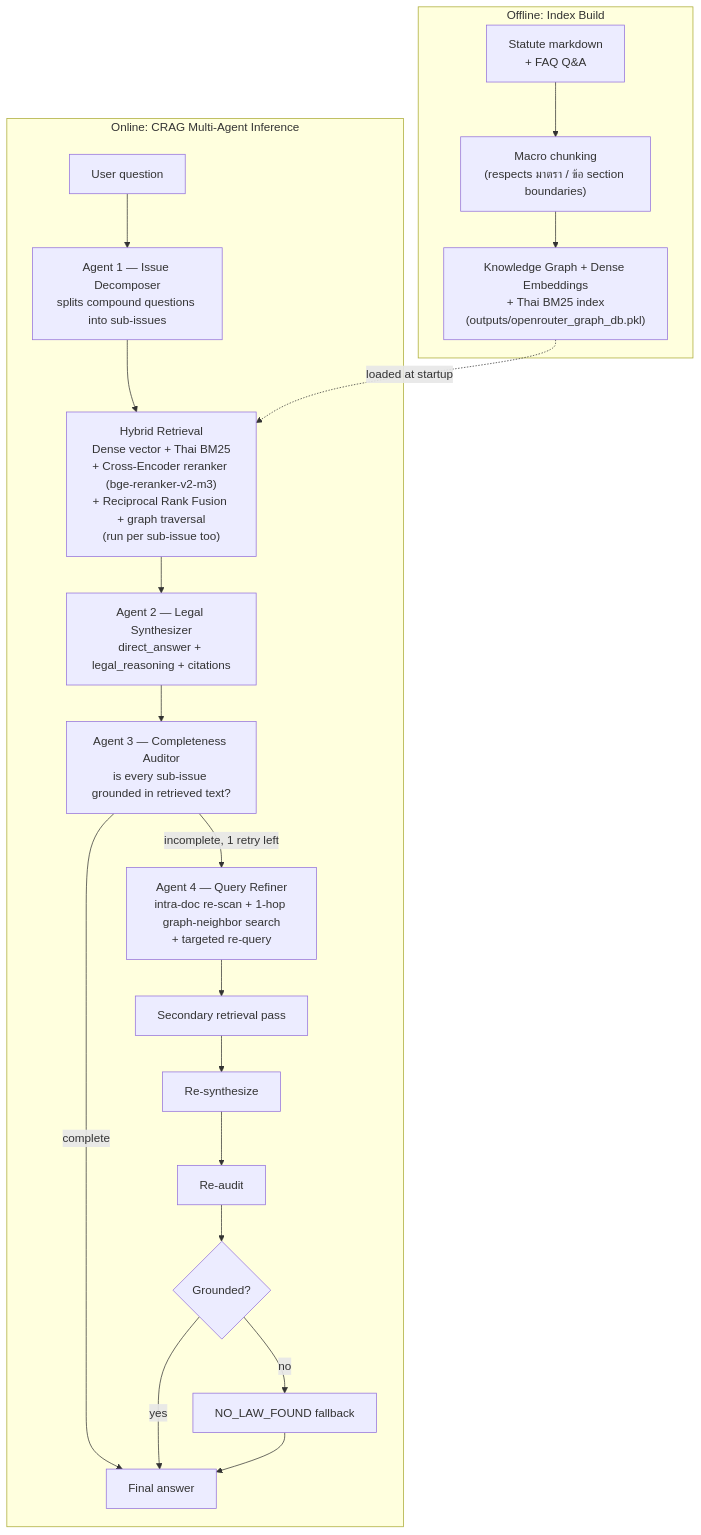
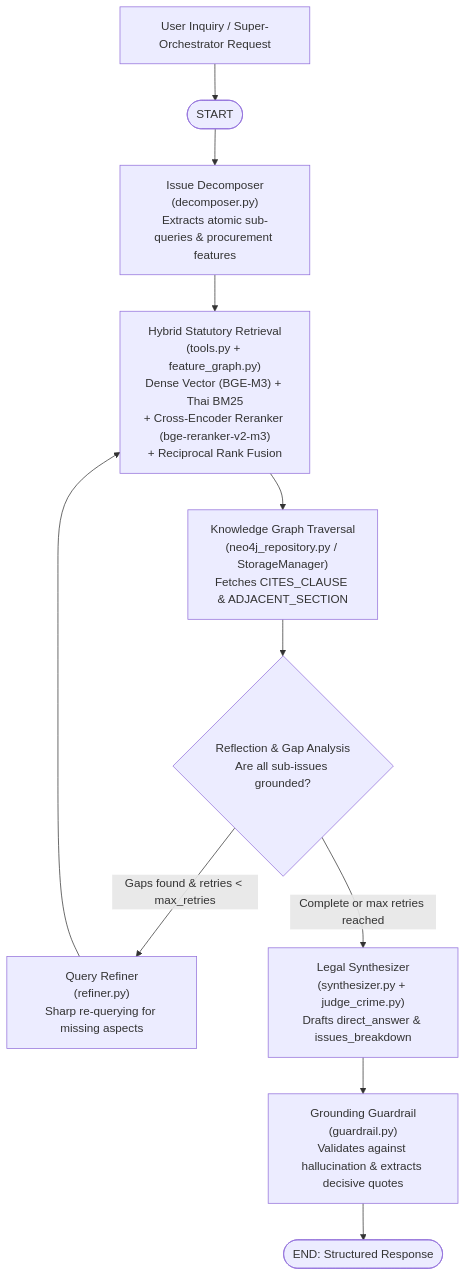
One commit to PaweekornS/ProcurementQA_Agent changed the diagram in docs/REPORT.md. Above: the diagram before and after it, drawn with Mermaid. The commit also changed other lines of this file and 33 other files, not shown here.

````diff
--- a/docs/REPORT.md
+++ b/docs/REPORT.md
@@ -13,22 +13,20 @@
 ```mermaid
 flowchart TD
-    subgraph BUILD["Offline: Index Build"]
-        S1["Statute markdown\n+ FAQ Q&A"] --> CH["Macro chunking\n(respects มาตรา / ข้อ section boundaries)"]
-        CH --> PKL["Knowledge Graph + Dense Embeddings\n+ Thai BM25 index\n(outputs/openrouter_graph_db.pkl)"]
-    end
-
-    subgraph INFER["Online: CRAG Multi-Agent Inference"]
-        Q["User question"] --> A1["Agent 1 — Issue Decomposer\nsplits compound questions into sub-issues"]
-        A1 --> HR["Hybrid Retrieval\nDense vector + Thai BM25\n+ Cross-Encoder reranker (bge-reranker-v2-m3)\n+ Reciprocal Rank Fusion + graph traversal\n(run per sub-issue too)"]
-        PKL -.loaded at startup.-> HR
-        HR --> A2["Agent 2 — Legal Synthesizer\ndirect_answer + legal_reasoning + citations"]
-        A2 --> A3["Agent 3 — Completeness Auditor\nis every sub-issue grounded in retrieved text?"]
-        A3 -->|complete| RES["Final answer"]
-        A3 -->|incomplete, 1 retry left| A4["Agent 4 — Query Refiner\nintra-doc re-scan + 1-hop graph-neighbor search\n+ targeted re-query"]
-        A4 --> HR2["Secondary retrieval pass"] --> A2R["Re-synthesize"] --> A3R["Re-audit"]
-        A3R --> GATE{"Grounded?"}
-        GATE -->|no| FALL["NO_LAW_FOUND fallback"]
-        GATE -->|yes| RES
-        FALL --> RES
-    end
+    Q["User Inquiry / Super-Orchestrator Request"] --> START([START])
+    START --> DEC["Issue Decomposer\n(decomposer.py)\nExtracts atomic sub-queries & procurement features"]
+    
+    DEC --> RET["Hybrid Statutory Retrieval\n(tools.py + feature_graph.py)\nDense Vector (BGE-M3) + Thai BM25\n+ Cross-Encoder Reranker (bge-reranker-v2-m3)\n+ Reciprocal Rank Fusion"]
+    
+    RET --> TRAV["Knowledge Graph Traversal\n(neo4j_repository.py / StorageManager)\nFetches CITES_CLAUSE & ADJACENT_SECTION"]
+    
+    TRAV --> REFL{"Reflection & Gap Analysis\nAre all sub-issues grounded?"}
+    
+    REFL -- "Gaps found & retries < max_retries" --> REF["Query Refiner\n(refiner.py)\nSharp re-querying for missing aspects"]
+    REF --> RET
+    
+    REFL -- "Complete or max retries reached" --> SYN["Legal Synthesizer\n(synthesizer.py + judge_crime.py)\nDrafts direct_answer & issues_breakdown"]
+    
+    SYN --> GUARD["Grounding Guardrail\n(guardrail.py)\nValidates against hallucination & extracts decisive quotes"]
+    
+    GUARD --> END([END: Structured Response])
 ```
````
